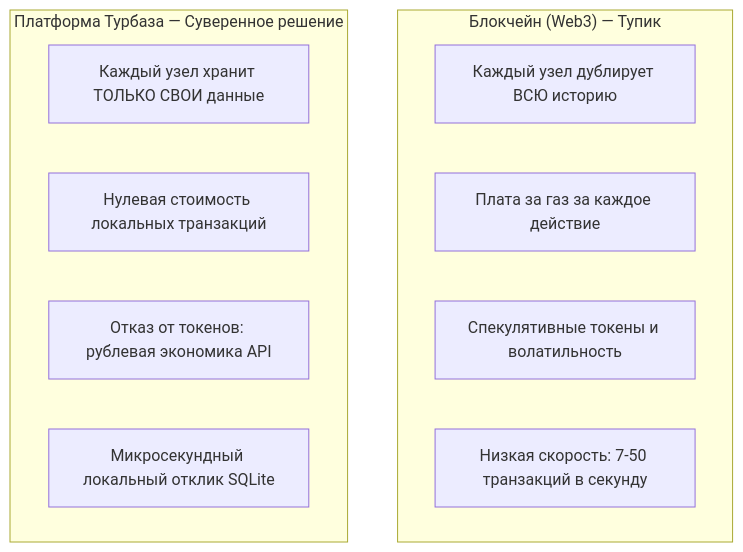
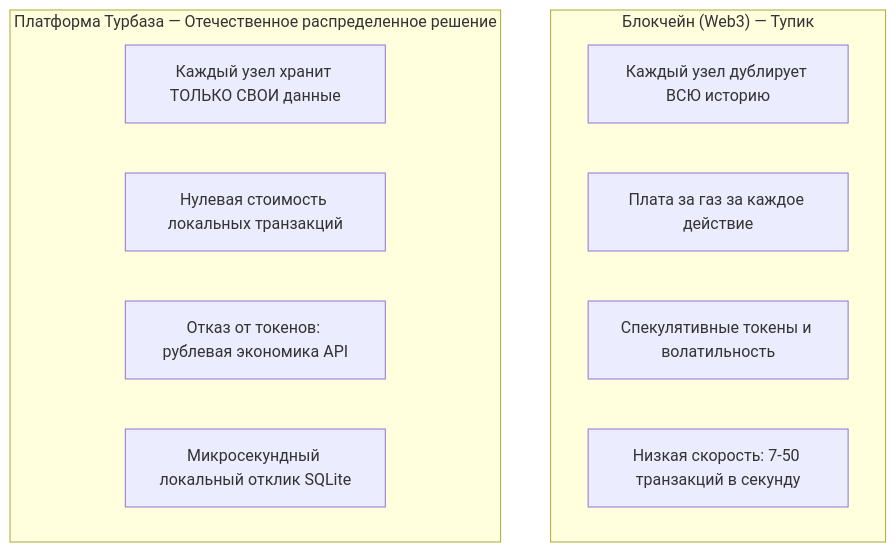
Before and after one commit to Data-Independence-Network/presentations: the first of 2 diagrams in shared_docs/whitepapers/01_platform_overview_whitepaper.md, drawn with Mermaid. The commit also changed other lines of this file and 81 other files, not shown here.

````diff
--- a/shared_docs/whitepapers/01_platform_overview_whitepaper.md
+++ b/shared_docs/whitepapers/01_platform_overview_whitepaper.md
@@ -62,15 +62,15 @@
 ```mermaid
 graph TD
     subgraph Web3_Blockchain ["Блокчейн (Web3) — Тупик"]
         B1["Каждый узел дублирует ВСЮ историю"]
         B2["Плата за газ за каждое действие"]
         B3["Спекулятивные токены и волатильность"]
         B4["Низкая скорость: 7-50 транзакций в секунду"]
     end
-    subgraph Turbase_Model ["Платформа Турбаза — Суверенное решение"]
+    subgraph Turbase_Model ["Платформа Турбаза — Отечественное распределенное решение"]
         T1["Каждый узел хранит ТОЛЬКО СВОИ данные"]
         T2["Нулевая стоимость локальных транзакций"]
         T3["Отказ от токенов: рублевая экономика API"]
         T4["Микросекундный локальный отклик SQLite"]
     end
 ```
````
